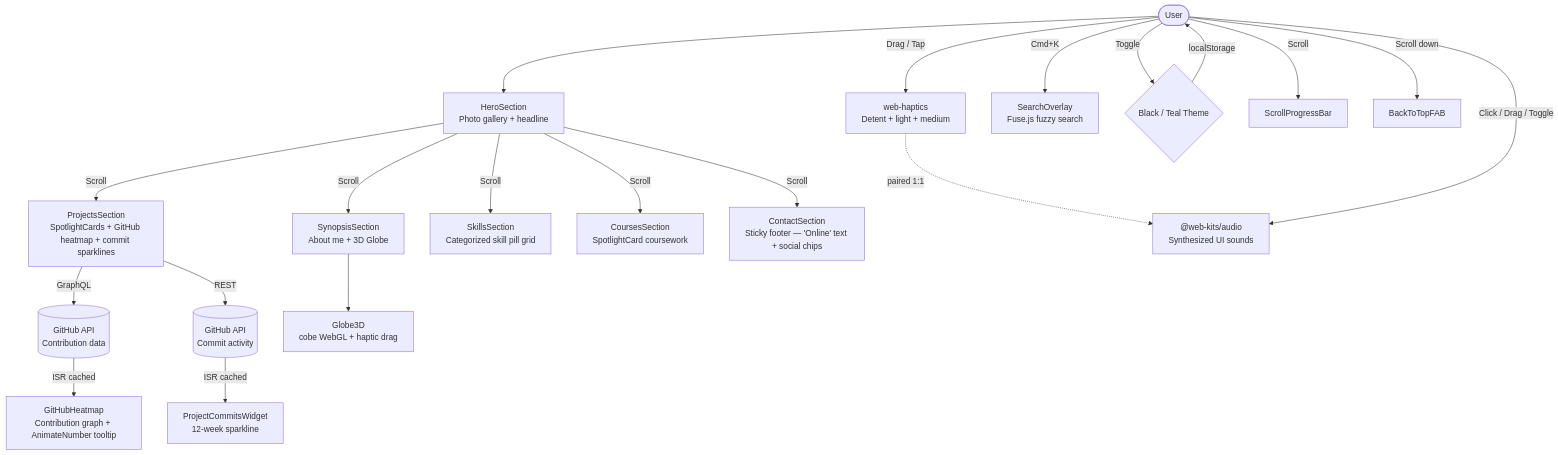
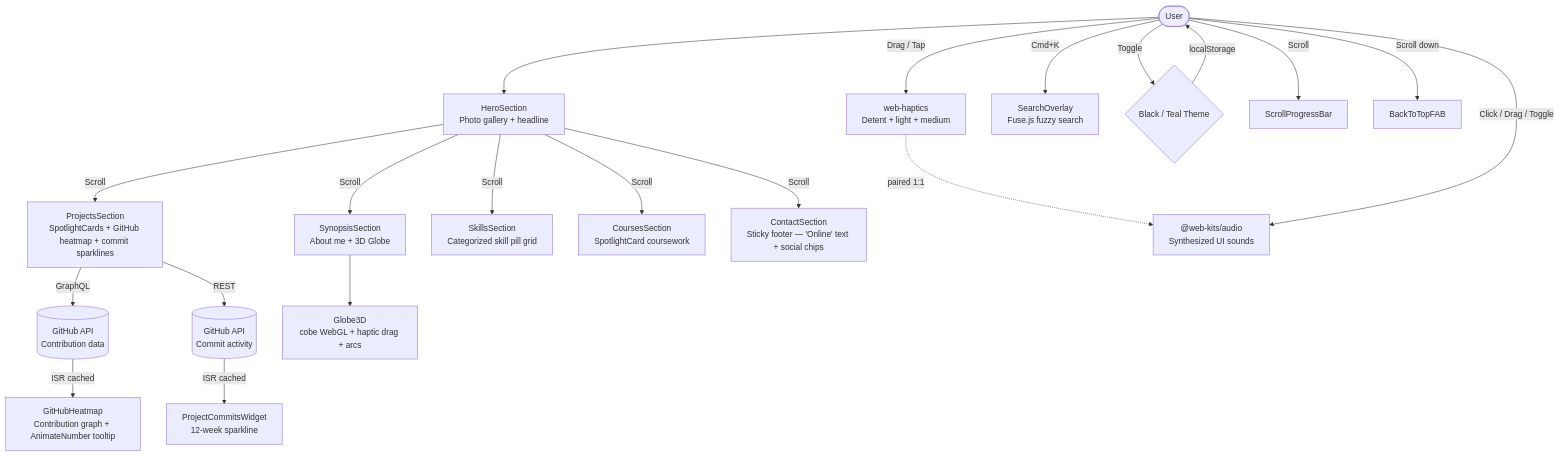
Before and after one commit to hoangngo-sudo/portfolio: the first of 2 diagrams in README.md, drawn with Mermaid. The commit also changed other lines of this file, not shown here.

````diff
--- a/README.md
+++ b/README.md
@@ -7,29 +7,29 @@
 ```mermaid
 flowchart TB
     USER([User]) --> HERO["HeroSection<br/>Photo gallery + headline"]
     HERO --> |Scroll| SYNOPSIS["SynopsisSection<br/>About me + 3D Globe"]
     HERO --> |Scroll| PROJECTS["ProjectsSection<br/>SpotlightCards + GitHub heatmap + commit sparklines"]
     HERO --> |Scroll| SKILLS["SkillsSection<br/>Categorized skill pill grid"]
     HERO --> |Scroll| COURSES["CoursesSection<br/>SpotlightCard coursework"]
     HERO --> |Scroll| CONTACT["ContactSection<br/>Sticky footer — 'Online' text + social chips"]
 
     HAPTICS -.->|paired 1:1| AUDIO
 
     USER --> |Cmd+K| SEARCH["SearchOverlay<br/>Fuse.js fuzzy search"]
 
     PROJECTS --> |GraphQL| GITHUB[("GitHub API<br/>Contribution data")]
     GITHUB --> |ISR cached| HEATMAP["GitHubHeatmap<br/>Contribution graph + AnimateNumber tooltip"]
     PROJECTS --> |REST| GHREST[("GitHub API<br/>Commit activity")]
     GHREST --> |ISR cached| COMMITS["ProjectCommitsWidget<br/>12-week sparkline"]
 
-    SYNOPSIS --> GLOBE["Globe3D<br/>cobe WebGL + haptic drag"]
+    SYNOPSIS --> GLOBE["Globe3D<br/>cobe WebGL + haptic drag + arcs"]
 
     USER --> |Toggle| THEME{"Black / Teal Theme"}
     THEME --> |localStorage| USER
 
     USER --> |Drag / Tap| HAPTICS["web-haptics<br/>Detent + light + medium"]
     USER --> |Click / Drag / Toggle| AUDIO["@web-kits/audio<br/>Synthesized UI sounds"]
 
     USER --> |Scroll| PROGRESS["ScrollProgressBar"]
     USER --> |Scroll down| FAB["BackToTopFAB"]
 ```
````
